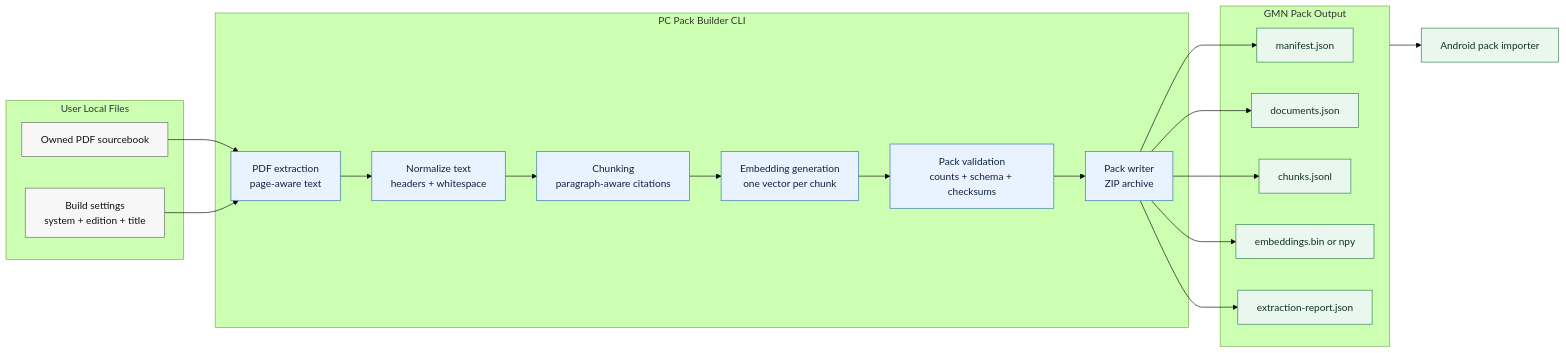
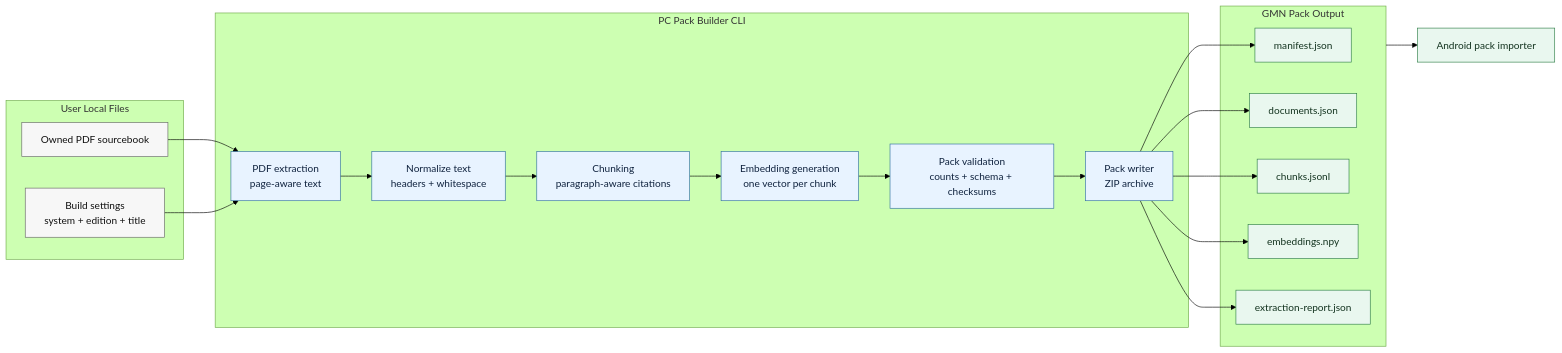
One commit to Brackistar/game-master-notes changed the diagram in docs/pc-pack-builder-plan.mmd. Above: the diagram before and after it, drawn with Mermaid (forest theme). The commit also changed 3 other files, not shown here.

```diff
--- a/docs/pc-pack-builder-plan.mmd
+++ b/docs/pc-pack-builder-plan.mmd
@@ -1,40 +1,40 @@
 flowchart LR
   subgraph Input[User Local Files]
     PDF[Owned PDF sourcebook]
     Config[Build settings\nsystem + edition + title]
   end
 
   subgraph Builder[PC Pack Builder CLI]
     Extract[PDF extraction\npage-aware text]
     Normalize[Normalize text\nheaders + whitespace]
     Chunk[Chunking\nparagraph-aware citations]
     Embed[Embedding generation\none vector per chunk]
     Validate[Pack validation\ncounts + schema + checksums]
     Write[Pack writer\nZIP archive]
   end
 
   subgraph Pack[GMN Pack Output]
     Manifest[manifest.json]
     Docs[documents.json]
     Chunks[chunks.jsonl]
-    Vectors[embeddings.bin or npy]
+    Vectors[embeddings.npy]
     Report[extraction-report.json]
   end
 
   PDF --> Extract
   Config --> Extract
   Extract --> Normalize --> Chunk --> Embed --> Validate --> Write
   Write --> Manifest
   Write --> Docs
   Write --> Chunks
   Write --> Vectors
   Write --> Report
   Pack --> Import[Android pack importer]
 
   classDef input fill:#f7f7f7,stroke:#666,color:#111;
   classDef process fill:#e8f3ff,stroke:#2f6f9f,color:#10233f;
   classDef output fill:#e9f7ef,stroke:#2d7d46,color:#13331f;
 
   class PDF,Config input;
   class Extract,Normalize,Chunk,Embed,Validate,Write process;
   class Manifest,Docs,Chunks,Vectors,Report,Import output;
```
